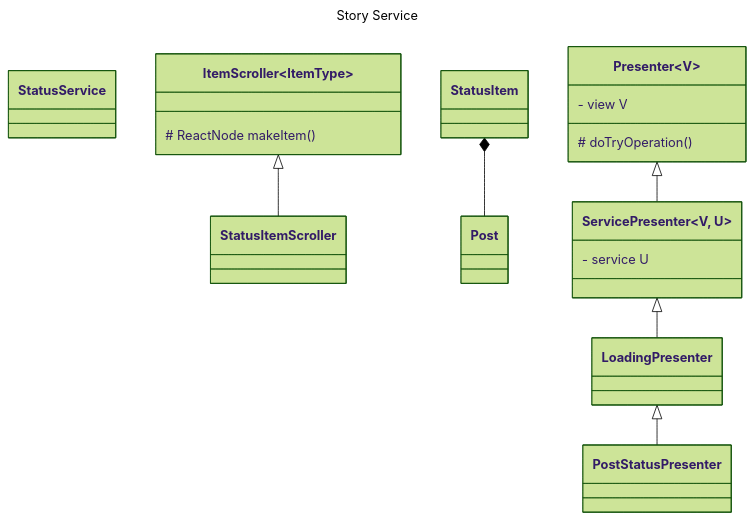
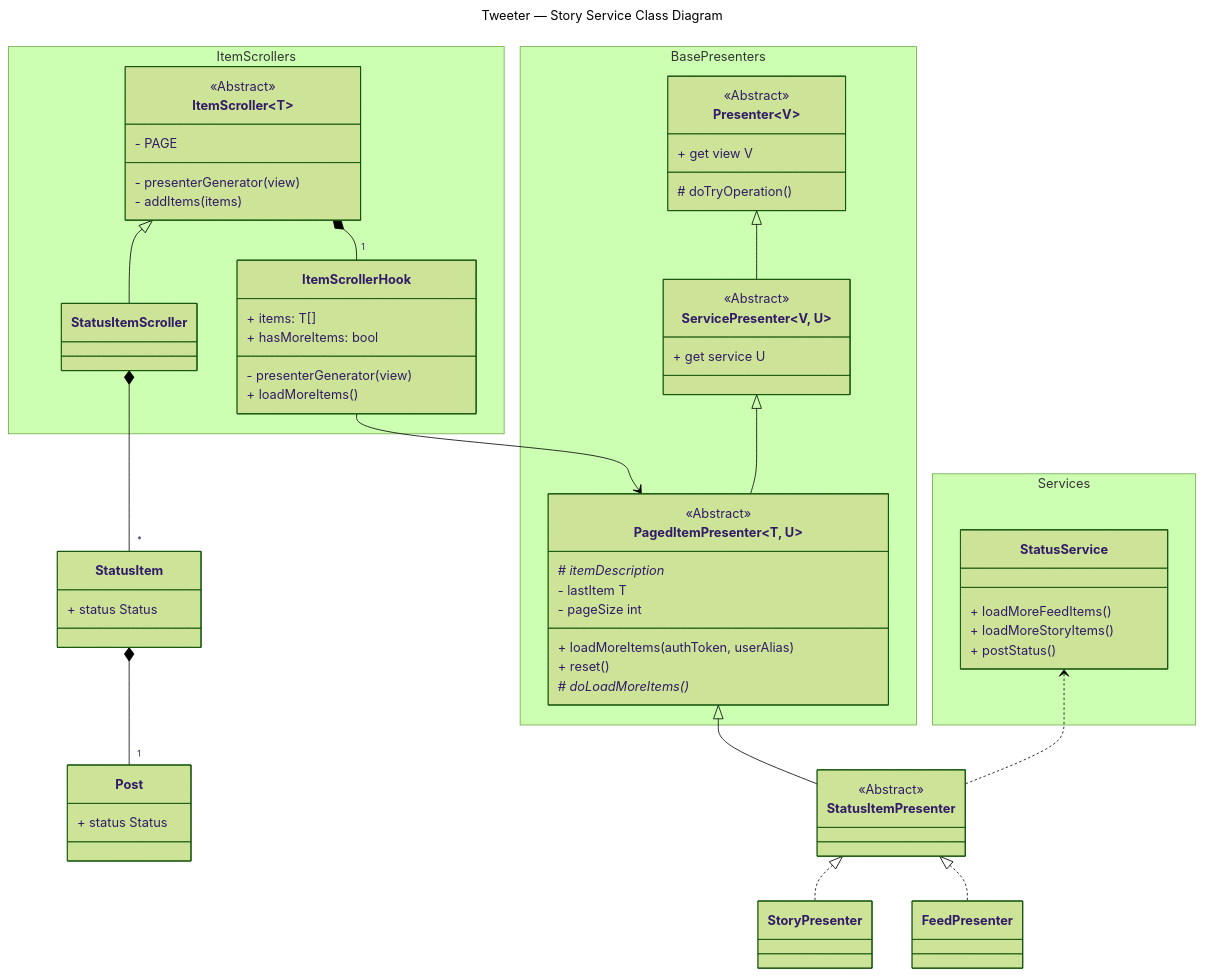
The diagram in docs/story-service-uml-diagram.md (frozenfrank/cs340-tweeter), drawn with Mermaid (forest theme) before and after one commit.

Commit message:
Update story-service-uml-diagram.md Present the main diagram actors

````diff
--- a/docs/story-service-uml-diagram.md
+++ b/docs/story-service-uml-diagram.md
@@ -14,27 +14,100 @@
 ```mermaid
 ---
-title: Story Service
+title: Tweeter — Story Service Class Diagram
 ---
 classDiagram
 
-class StatusService
-class ItemScroller~ItemType~ {
-    # ReactNode makeItem()
-}
-ItemScroller <|-- StatusItemScroller
-StatusItem *-- Post
+%% Presenters and their relationships
 
-class Presenter~V~ {
-    - view V
-    # doTryOperation()
-}
-class ServicePresenter~V, U~ {
-    - service U
+namespace BasePresenters {
+    class Presenter~V~ {
+        + get view V
+        # doTryOperation()
+    }
+    class ServicePresenter~V, U~ {
+        + get service U
+    }
+
+    class PagedItemPresenter~T, U~ {
+        + loadMoreItems(authToken, userAlias)
+        + reset()
+        # itemDescription*
+        # doLoadMoreItems()*
+        - lastItem T
+        - pageSize int
+    }
+
+%%    class LoadingPresenter~V, U~ {
+%%        # doTryOperation()
+%%    }
+
 }
 
+<<Abstract>> Presenter
+<<Abstract>> ServicePresenter
+<<Abstract>> PagedItemPresenter
+%% <<Abstract>> LoadingPresenter
+
+%% I would organize this to the tail of the file, but that messes with the rendering of the diagram
+ItemScrollerHook --> PagedItemPresenter  
+
 Presenter <|-- ServicePresenter
-ServicePresenter <|-- LoadingPresenter
+%% ServicePresenter <|-- LoadingPresenter
+%% LoadingPresenter <|-- PostStatusPresenter %% Omitted for clarity on **displaying** stories
+ServicePresenter <|-- PagedItemPresenter
 
-LoadingPresenter <|-- PostStatusPresenter
+%% Scrollers and their relationships
+
+namespace ItemScrollers {
+    class ItemScroller~T~ {
+        - presenterGenerator(view)
+        - addItems(items)
+        - PAGE
+    }
+    class ItemScrollerHook~T~ {
+        - presenterGenerator(view)
+        + items: T[]
+        + loadMoreItems()
+        + hasMoreItems: bool
+    }
+    class StatusItemScroller
+
+
+}
+
+<<Abstract>> ItemScroller
+
+ItemScroller <|-- StatusItemScroller
+StatusItemScroller *-- "*" StatusItem
+ItemScroller *-- "1" ItemScrollerHook
+StatusItem *-- "1" Post
+StatusItem : + status Status
+Post : + status Status
+
+%% (Some) Services and their relationships
+
+namespace Services {
+    class StatusService {
+        + loadMoreFeedItems()
+        + loadMoreStoryItems()
+        + postStatus()
+    }
+}
+
+
+%% Connecting Relationships
+
+class StoryPresenter
+class StatusItemPresenter
+<<Abstract>> StatusItemPresenter
+
+PagedItemPresenter <|-- StatusItemPresenter
+StatusItemPresenter <|.. StoryPresenter
+StatusItemPresenter <|.. FeedPresenter
+
+%% Omitted for focus on presentation of data
+%% StatusService <.. PostStatusPresenter
+StatusService <.. StatusItemPresenter
+
 
 ```
````
